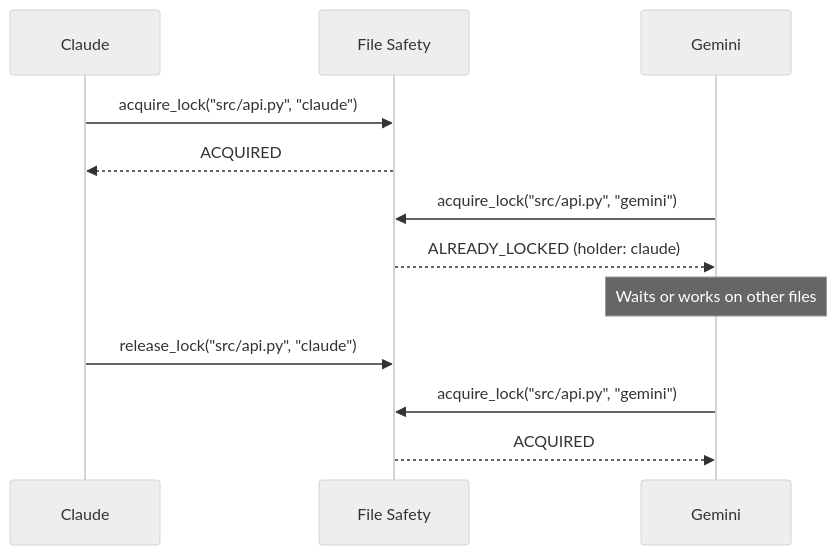
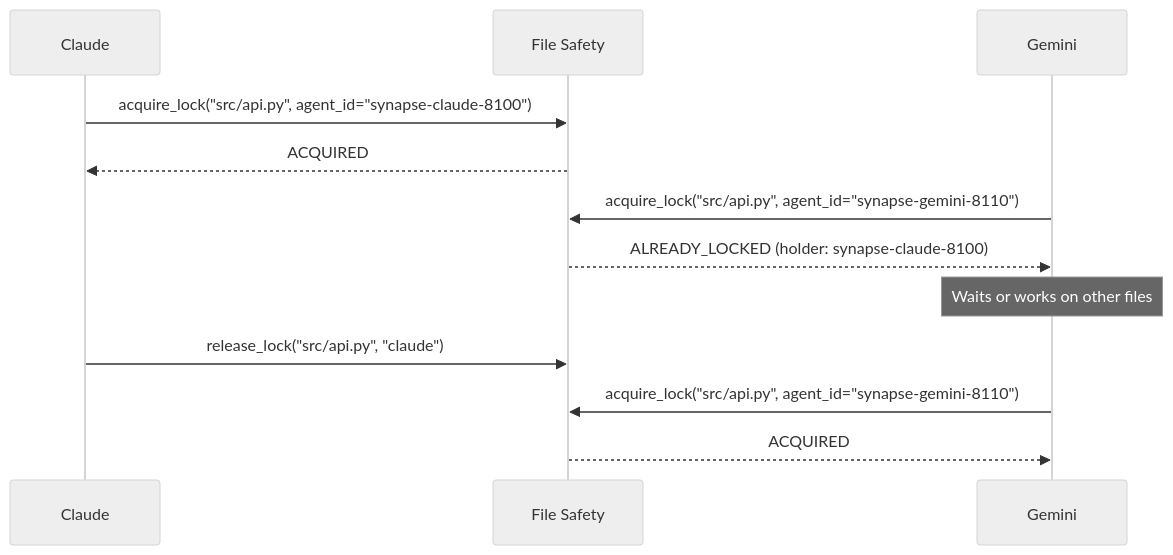
The first of 2 diagrams in site-docs/guide/file-safety.md (s-hiraoku/synapse-a2a), drawn with Mermaid (neutral theme) before and after one commit. The commit also changed 4 other files, not shown here.

````diff
--- a/site-docs/guide/file-safety.md
+++ b/site-docs/guide/file-safety.md
@@ -168,15 +168,15 @@
 ```mermaid
 sequenceDiagram
     participant Claude
     participant FS as File Safety
     participant Gemini
 
-    Claude->>FS: acquire_lock("src/api.py", "claude")
+    Claude->>FS: acquire_lock("src/api.py", agent_id="synapse-claude-8100")
     FS-->>Claude: ACQUIRED
-    Gemini->>FS: acquire_lock("src/api.py", "gemini")
-    FS-->>Gemini: ALREADY_LOCKED (holder: claude)
+    Gemini->>FS: acquire_lock("src/api.py", agent_id="synapse-gemini-8110")
+    FS-->>Gemini: ALREADY_LOCKED (holder: synapse-claude-8100)
     Note over Gemini: Waits or works on other files
     Claude->>FS: release_lock("src/api.py", "claude")
-    Gemini->>FS: acquire_lock("src/api.py", "gemini")
+    Gemini->>FS: acquire_lock("src/api.py", agent_id="synapse-gemini-8110")
     FS-->>Gemini: ACQUIRED
 ```
````
